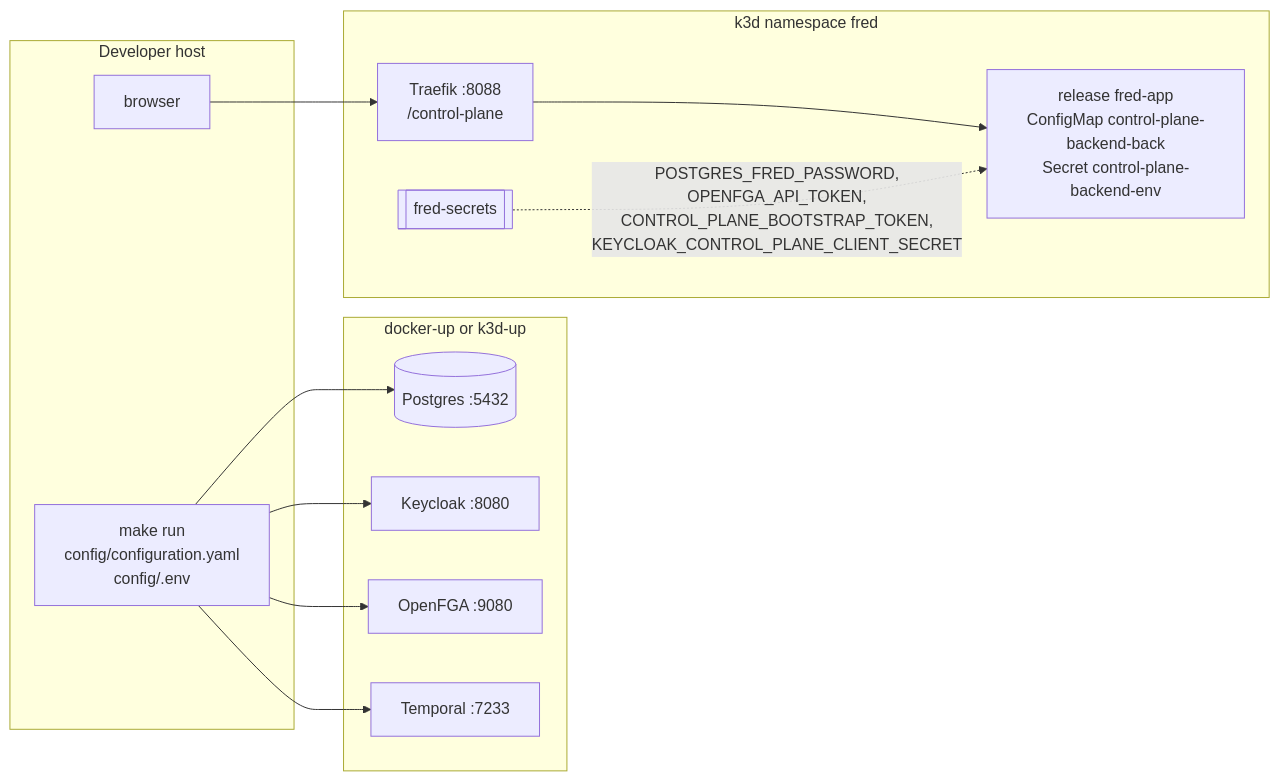
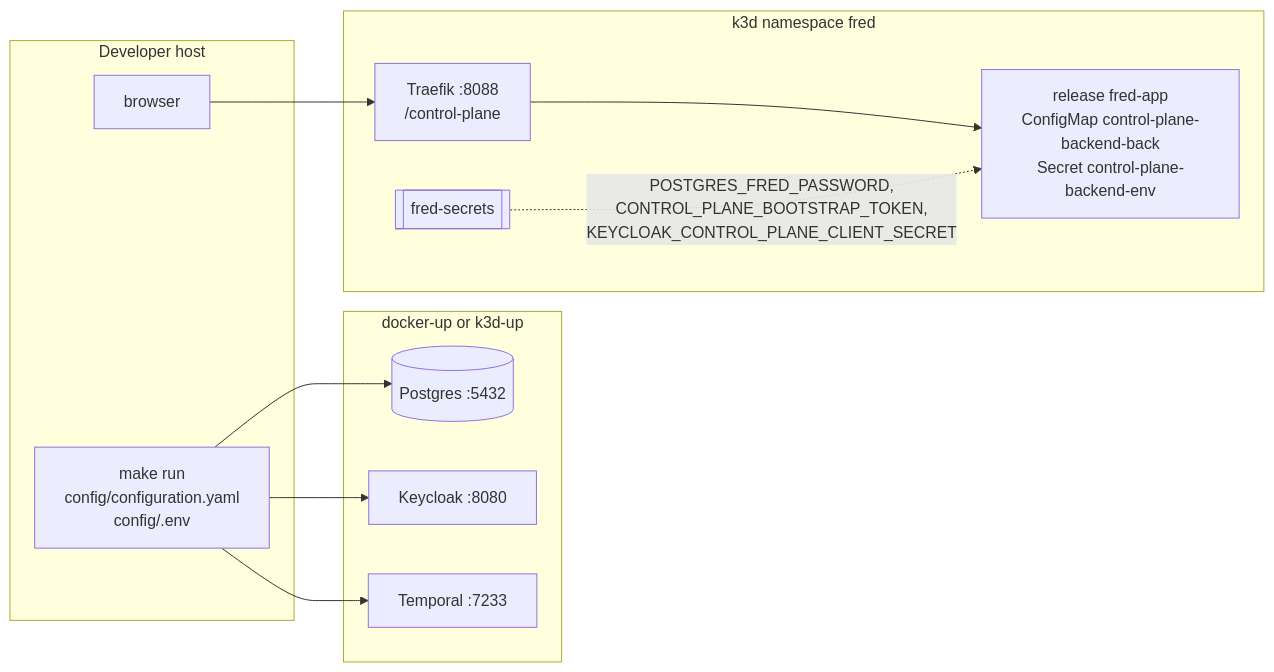
One commit to ThalesGroup/fred changed the diagram in docs/architecture/A3-manager-operations.md. Above: the diagram before and after it, drawn with Mermaid. The commit also changed other lines of this file and 397 other files, not shown here.

````diff
--- a/docs/architecture/A3-manager-operations.md
+++ b/docs/architecture/A3-manager-operations.md
@@ -255,22 +248,21 @@
 ```mermaid
 flowchart LR
     subgraph host [Developer host]
         run["make run<br/>config/configuration.yaml<br/>config/.env"]
         browser["browser"]
     end
     subgraph infra [docker-up or k3d-up]
         pg[("Postgres :5432")]
         kc["Keycloak :8080"]
-        fga["OpenFGA :9080"]
         tmp["Temporal :7233"]
     end
     subgraph cluster [k3d namespace fred]
         pod["release fred-app<br/>ConfigMap control-plane-backend-back<br/>Secret control-plane-backend-env"]
         secrets[["fred-secrets"]]
         traefik["Traefik :8088<br/>/control-plane"]
     end
-    run --> pg & kc & fga
+    run --> pg & kc
     run --> tmp
     browser --> traefik --> pod
-    secrets -. "POSTGRES_FRED_PASSWORD,<br/>OPENFGA_API_TOKEN,<br/>CONTROL_PLANE_BOOTSTRAP_TOKEN,<br/>KEYCLOAK_CONTROL_PLANE_CLIENT_SECRET" .-> pod
+    secrets -. "POSTGRES_FRED_PASSWORD,<br/>CONTROL_PLANE_BOOTSTRAP_TOKEN,<br/>KEYCLOAK_CONTROL_PLANE_CLIENT_SECRET" .-> pod
 ```
````
